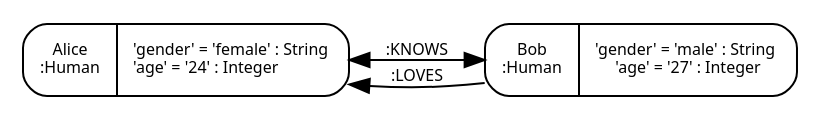
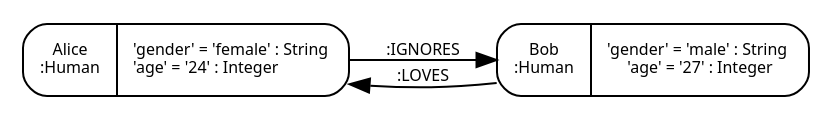
The diagram in src/figures/property-graph.dot (luczsoma/bsc-thesis), drawn with Graphviz before and after one commit. The commit also changed 3 other files, not shown here.

```diff
--- a/src/figures/property-graph.dot
+++ b/src/figures/property-graph.dot
@@ -1,25 +1,24 @@
 digraph Neo {
   rankdir = LR;
   node [
     fontsize = "8"
     shape = "Mrecord"
     fontname = "Noto Sans"
   ]
   edge [
     fontname = "Noto Sans"
     fontsize = "8"
   ]
   N1 [
     label = "{Alice\n:Human|'gender' = 'female' : String\l'age' = '24' : Integer\l}"
   ]
   N2 [
     label = "{Bob\n:Human|'gender' = 'male' : String\l'age' = '27' : Integer}"
   ]
   N1 -> N2 [
-    dir = both
-    label = ":KNOWS\n"
+    label = ":IGNORES\n"
   ]
   N2 -> N1 [
     label = ":LOVES\n"
   ]
 }
```
